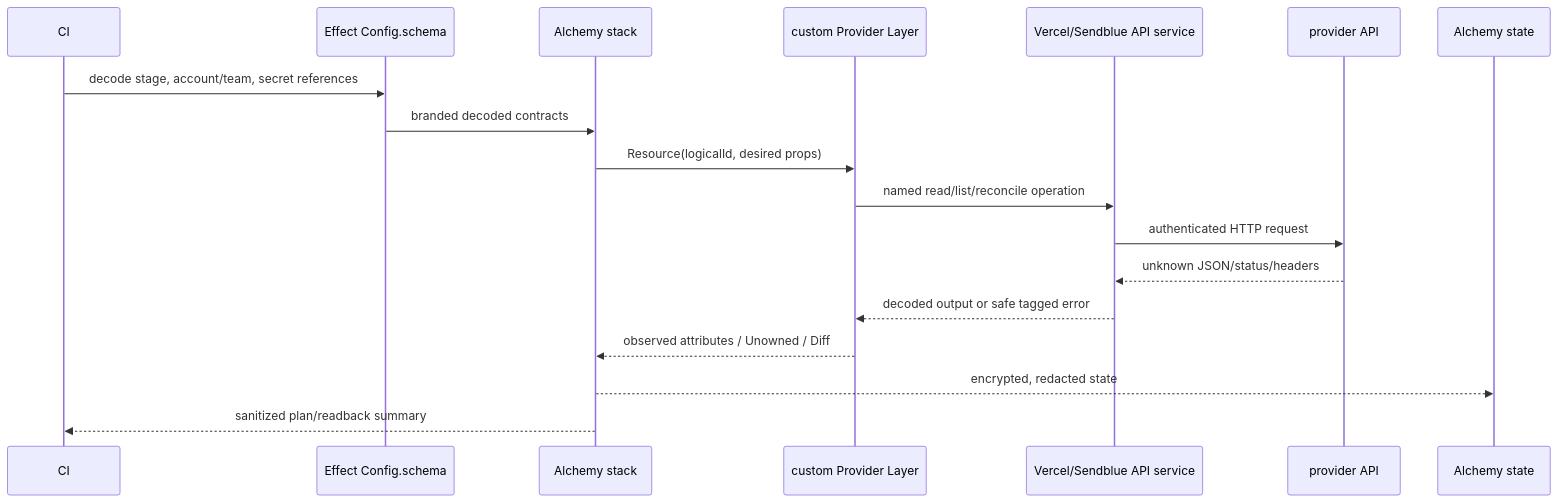
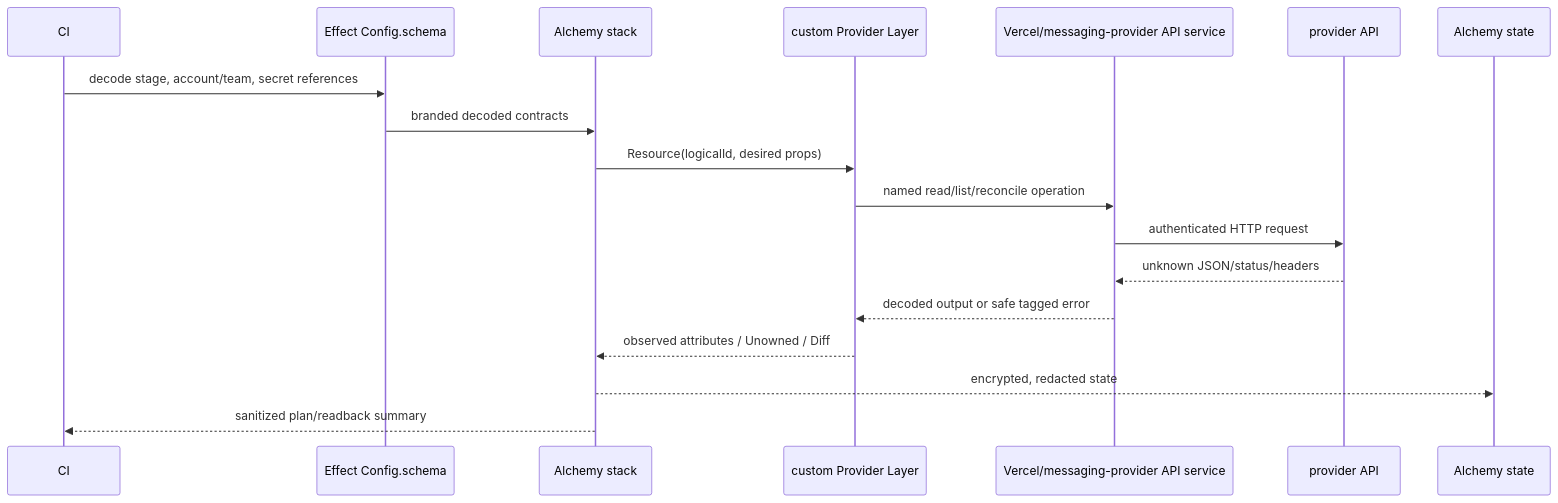
The third of 5 diagrams in docs/research/alchemy-vercel-sendblue-decision-report.md (crcorbett/bundjil), drawn with Mermaid before and after one commit. The commit also changed other lines of this file and 1 other file, not shown here.

````diff
--- a/docs/research/alchemy-vercel-sendblue-decision-report.md
+++ b/docs/research/alchemy-vercel-sendblue-decision-report.md
@@ -333,21 +414,21 @@
 ```mermaid
 sequenceDiagram
   participant CI
   participant Config as Effect Config.schema
   participant Stack as Alchemy stack
   participant Provider as custom Provider Layer
-  participant API as Vercel/Sendblue API service
+  participant API as Vercel/messaging-provider API service
   participant Remote as provider API
   participant State as Alchemy state
 
   CI->>Config: decode stage, account/team, secret references
   Config->>Stack: branded decoded contracts
   Stack->>Provider: Resource(logicalId, desired props)
   Provider->>API: named read/list/reconcile operation
   API->>Remote: authenticated HTTP request
   Remote-->>API: unknown JSON/status/headers
   API-->>Provider: decoded output or safe tagged error
   Provider-->>Stack: observed attributes / Unowned / Diff
   Stack-->>State: encrypted, redacted state
   Stack-->>CI: sanitized plan/readback summary
 ```
````
